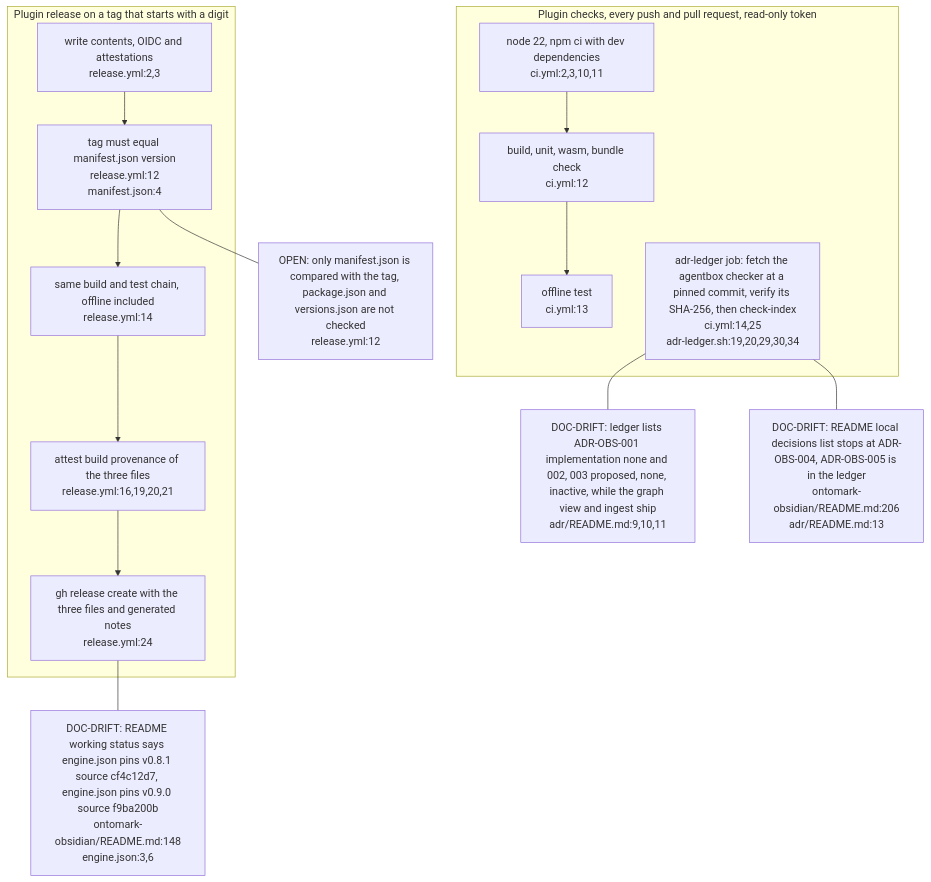
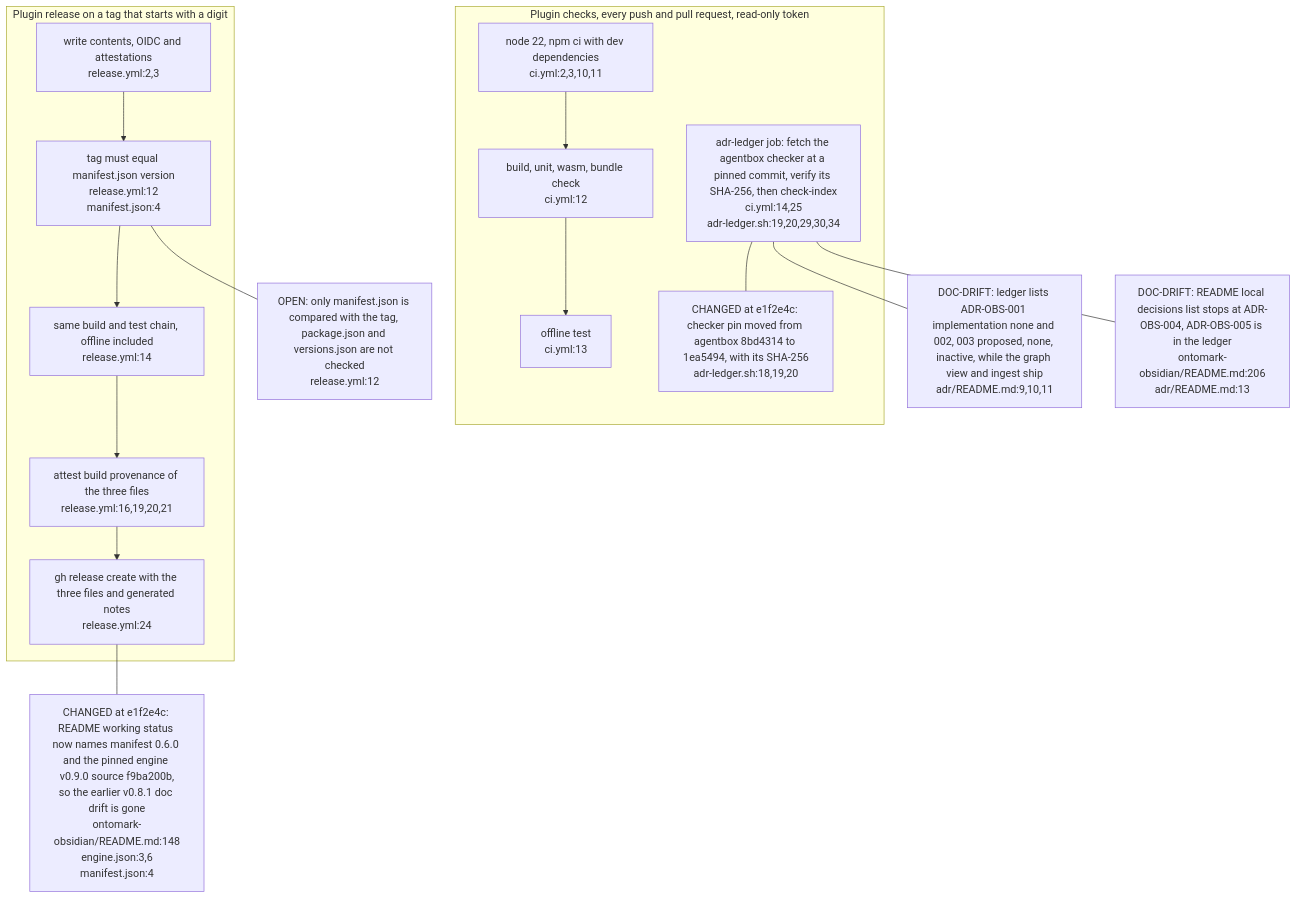
Before and after one commit to DreamLab-AI/VisionFlow: the fourth of 4 diagrams in docs/diagrams/ontomark-obsidian/06-build-test-ci-and-release.md, drawn with Mermaid. The commit also changed other lines of this file and 20 other files, not shown here.

First line of the commit message:
docs(diagrams): ontomark and ontomark-obsidian re-verified (graph 0.4.0, plugin 0.6.0)

````diff
--- a/docs/diagrams/ontomark-obsidian/06-build-test-ci-and-release.md
+++ b/docs/diagrams/ontomark-obsidian/06-build-test-ci-and-release.md
@@ -111,26 +111,28 @@
 ```mermaid
 flowchart TD
     subgraph CI["Plugin checks, every push and pull request, read-only token"]
         C1["node 22, npm ci with dev dependencies<br/>ci.yml:2,3,10,11"]
         C2["build, unit, wasm, bundle check<br/>ci.yml:12"]
         C3["offline test<br/>ci.yml:13"]
         L1["adr-ledger job: fetch the agentbox checker at a pinned commit, verify its SHA-256, then check-index<br/>ci.yml:14,25<br/>adr-ledger.sh:19,20,29,30,34"]
+        L2["CHANGED at e1f2e4c: checker pin moved from agentbox 8bd4314 to 1ea5494, with its SHA-256<br/>adr-ledger.sh:18,19,20"]
     end
     subgraph REL["Plugin release on a tag that starts with a digit"]
         R0["write contents, OIDC and attestations<br/>release.yml:2,3"]
         R1["tag must equal manifest.json version<br/>release.yml:12<br/>manifest.json:4"]
         R2["same build and test chain, offline included<br/>release.yml:14"]
         R3["attest build provenance of the three files<br/>release.yml:16,19,20,21"]
         R4["gh release create with the three files and generated notes<br/>release.yml:24"]
     end
     C1 --> C2 --> C3
+    L1 --- L2
     R0 --> R1 --> R2 --> R3 --> R4
     OPEN1["OPEN: only manifest.json is compared with the tag, package.json and versions.json are not checked<br/>release.yml:12"]
     R1 --- OPEN1
-    DRIFT1["DOC-DRIFT: README working status says engine.json pins v0.8.1 source cf4c12d7, engine.json pins v0.9.0 source f9ba200b<br/>ontomark-obsidian/README.md:148<br/>engine.json:3,6"]
+    DRIFT1["CHANGED at e1f2e4c: README working status now names manifest 0.6.0 and the pinned engine v0.9.0 source f9ba200b,<br/>so the earlier v0.8.1 doc drift is gone<br/>ontomark-obsidian/README.md:148<br/>engine.json:3,6<br/>manifest.json:4"]
     R4 --- DRIFT1
     DRIFT2["DOC-DRIFT: ledger lists ADR-OBS-001 implementation none and 002, 003 proposed, none, inactive, while the graph view and ingest ship<br/>adr/README.md:9,10,11"]
     L1 --- DRIFT2
     DRIFT3["DOC-DRIFT: README local decisions list stops at ADR-OBS-004, ADR-OBS-005 is in the ledger<br/>ontomark-obsidian/README.md:206<br/>adr/README.md:13"]
     L1 --- DRIFT3
 ```
````
